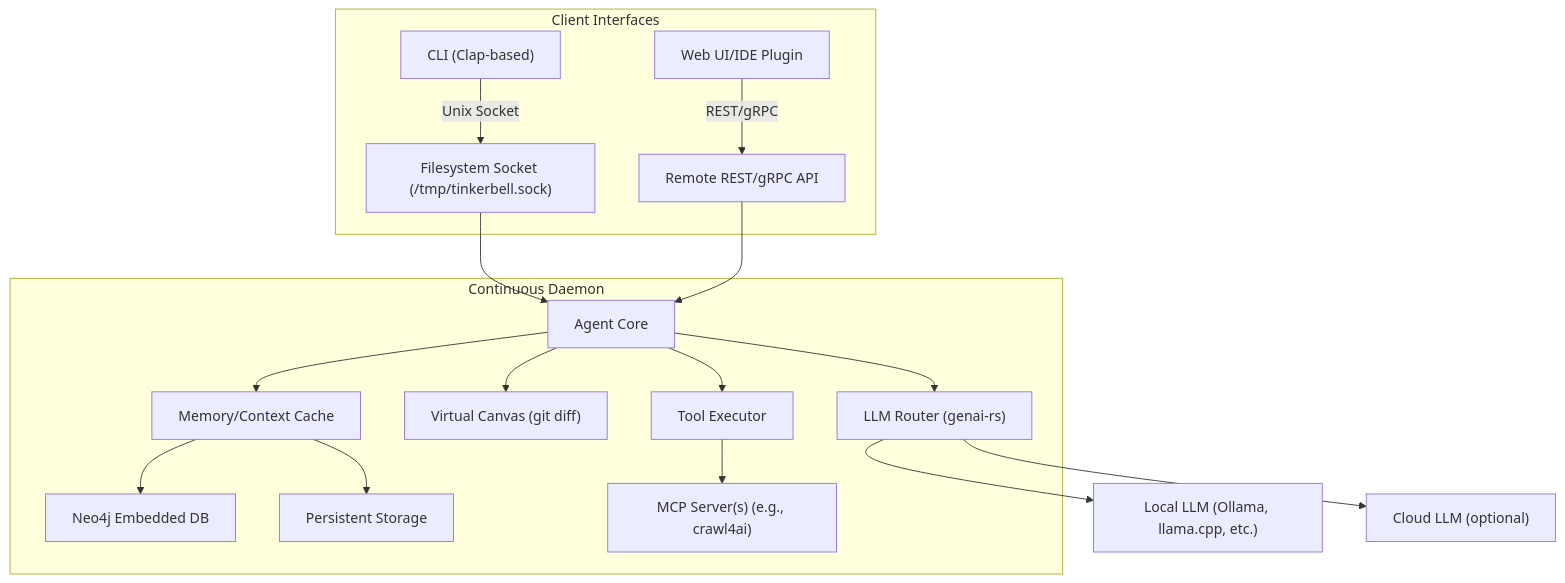
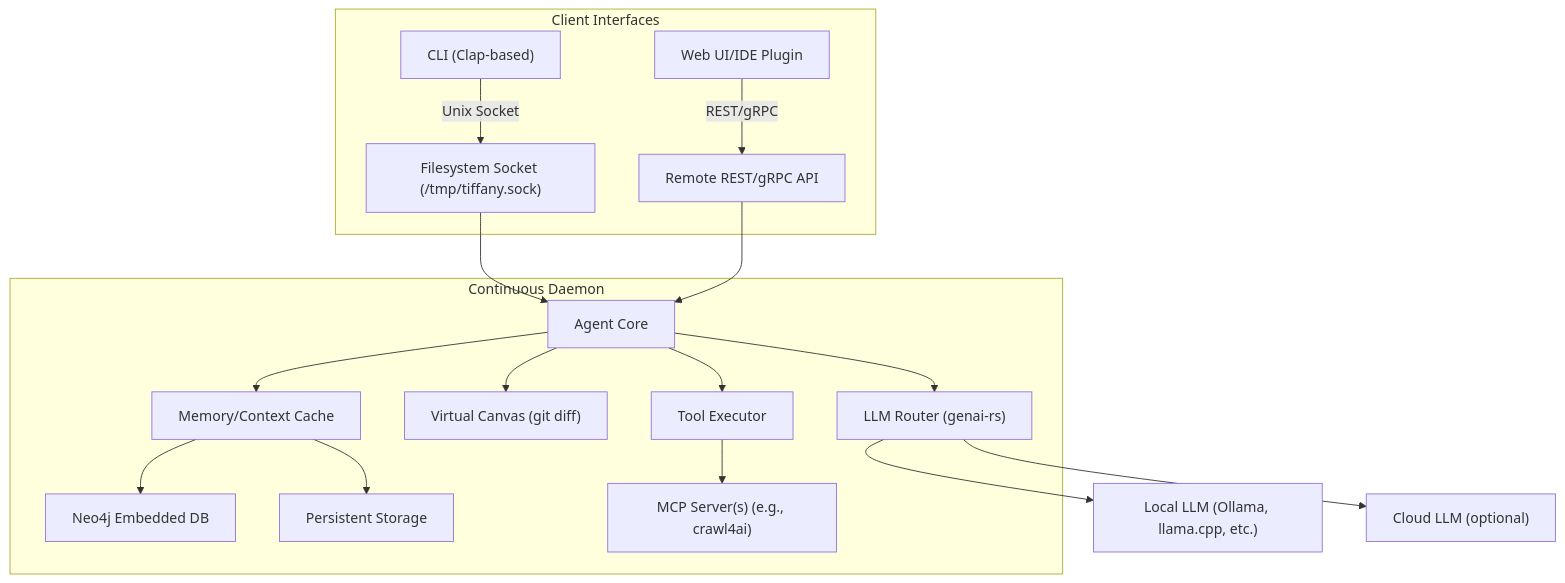
One commit to microscaler/tinkerbell changed the second of 3 diagrams in docs/mdbook/src/whitepapers/Tinkerbell_Concept.md. Above: the diagram before and after it, drawn with Mermaid. The commit also changed other lines of this file and 95 other files, not shown here.

First line of the commit message:
Rename Tinkerbell to Tiffany (#49)

````diff
--- a/docs/mdbook/src/whitepapers/Tinkerbell_Concept.md
+++ b/docs/mdbook/src/whitepapers/Tinkerbell_Concept.md
@@ -92,25 +92,25 @@
 ```mermaid
 graph TD
     subgraph Client Interfaces
-        CLI["CLI (Clap-based)"] -->|Unix Socket| Socket["Filesystem Socket (/tmp/tinkerbell.sock)"]
+        CLI["CLI (Clap-based)"] -->|Unix Socket| Socket["Filesystem Socket (/tmp/tiffany.sock)"]
         WebClient["Web UI/IDE Plugin"] -->|REST/gRPC| RemoteAPI["Remote REST/gRPC API"]
     end
     
-    subgraph tinkerbell Runtime [Continuous Daemon]
+    subgraph tiffany Runtime [Continuous Daemon]
         Socket --> AgentCore["Agent Core"]
         RemoteAPI --> AgentCore
         
         AgentCore --> LLMRouter["LLM Router (genai-rs)"]
         AgentCore --> Canvas["Virtual Canvas (git diff)"]
         AgentCore --> Cache["Memory/Context Cache"]
         AgentCore --> Tools["Tool Executor"]
         
         Cache --> GraphDB["Neo4j Embedded DB"]
         Cache --> Persistent["Persistent Storage"]
         
         Tools --> MCP["MCP Server(s) (e.g., crawl4ai)"]
     end
     
     LLMRouter --> LocalLLM["Local LLM (Ollama, llama.cpp, etc.)"]
     LLMRouter --> CloudLLM["Cloud LLM (optional)"]
 ```
````
